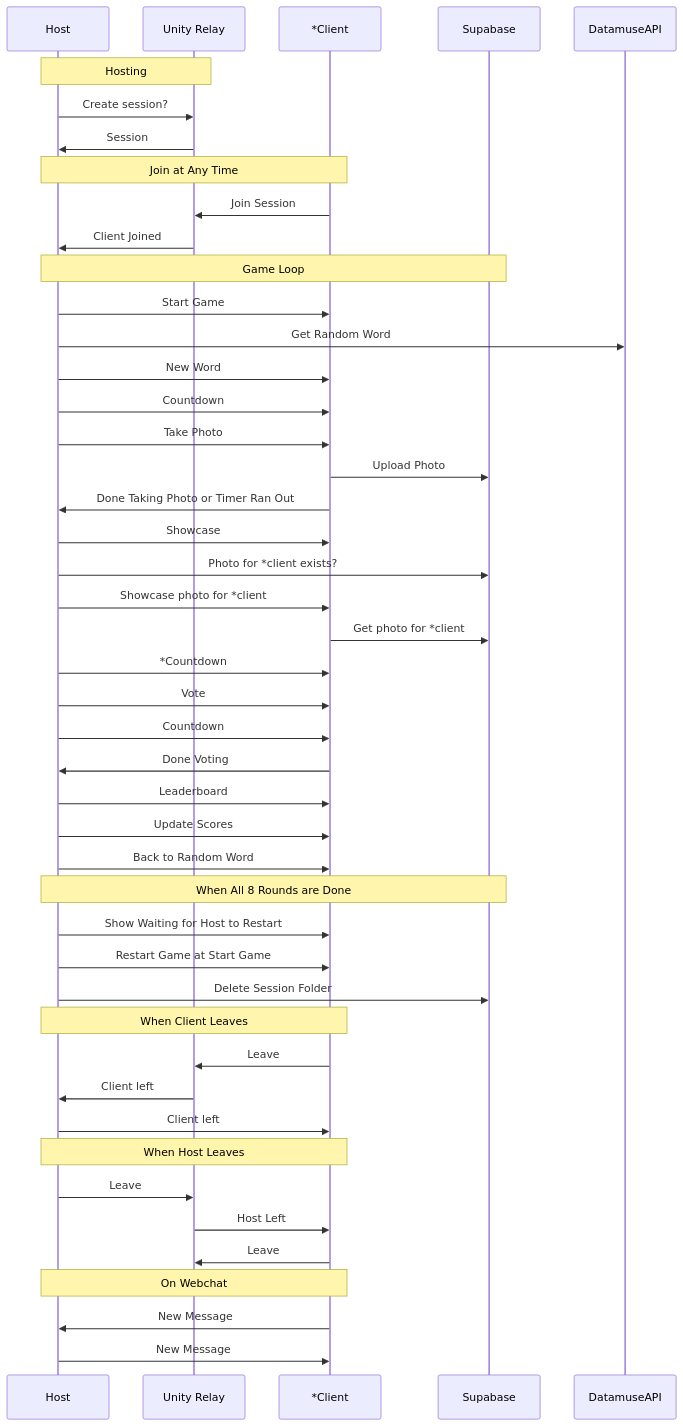
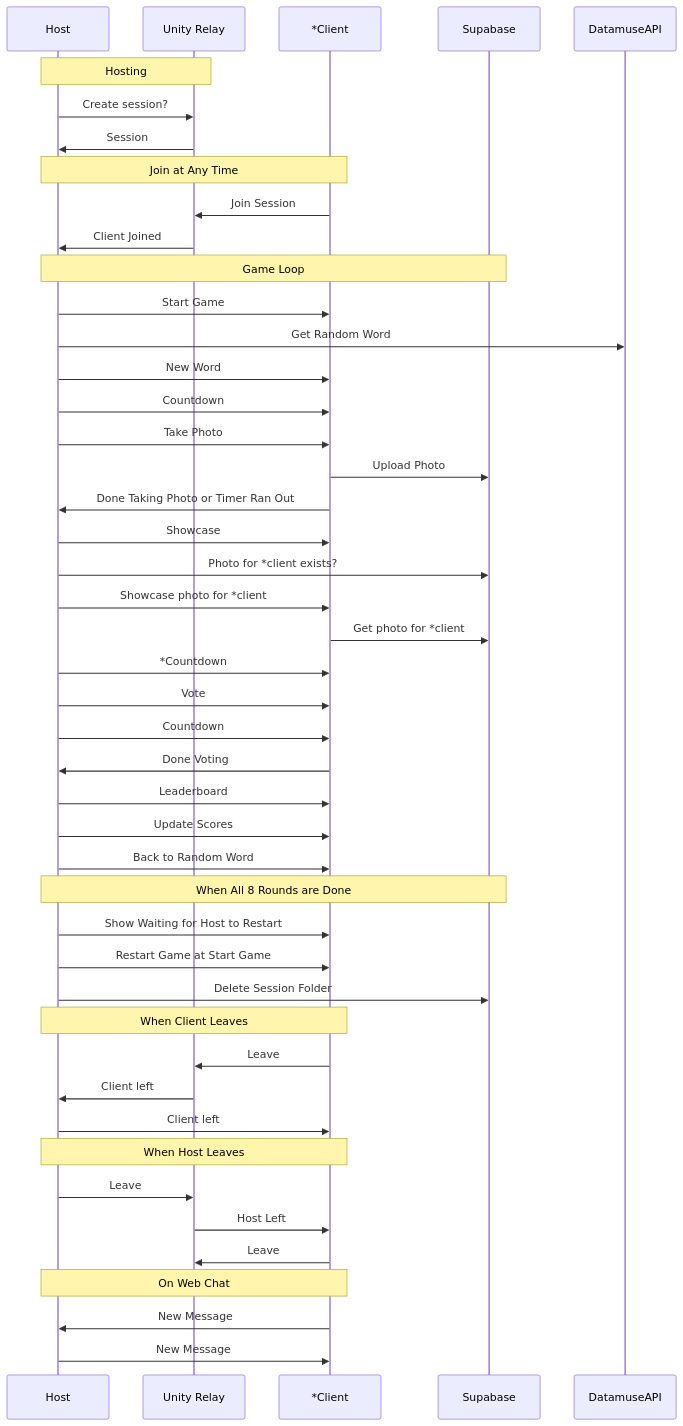
Before and after one commit to notCroptu/GarPic: the diagram in README.md, drawn with Mermaid. The commit also changed other lines of this file and 5 other files, not shown here.

````diff
--- a/README.md
+++ b/README.md
@@ -504,63 +620,63 @@
 ```mermaid
   sequenceDiagram
 
   Note over Host,Unity Relay: Hosting
 
   Host->>Unity Relay: Create session?
   Unity Relay->>Host: Session
 
   Note over Host,*Client: Join at Any Time
 
   *Client->>Unity Relay: Join Session
   Unity Relay->>Host: Client Joined
 
   Note over Host,Supabase: Game Loop
 
   Host->>*Client: Start Game
 
   Host->>DatamuseAPI: Get Random Word
   Host->>*Client: New Word
   Host->>*Client: Countdown
 
   Host->>*Client: Take Photo
   *Client->>Supabase: Upload Photo
   *Client->>Host: Done Taking Photo or Timer Ran Out
 
   Host->>*Client: Showcase
   Host->>Supabase: Photo for *client exists?
   Host->>*Client: Showcase photo for *client
   *Client->>Supabase: Get photo for *client
   Host->>*Client: *Countdown
 
   Host->>*Client: Vote
   Host->>*Client: Countdown
   *Client->>Host: Done Voting
 
   Host->>*Client: Leaderboard
   Host->>*Client: Update Scores
 
   Host->>*Client: Back to Random Word
 
   Note over Host,Supabase: When All 8 Rounds are Done
 
   Host->>*Client: Show Waiting for Host to Restart
   Host->>*Client: Restart Game at Start Game
   Host->>Supabase: Delete Session Folder
 
   Note over Host,*Client: When Client Leaves
 
   *Client->>Unity Relay: Leave
   Unity Relay->>Host: Client left
   Host->>*Client: Client left
 
   Note over Host,*Client: When Host Leaves
 
   Host->>Unity Relay: Leave
   Unity Relay->>*Client: Host Left
   *Client->>Unity Relay: Leave
 
-  Note over Host,*Client: On Webchat
+  Note over Host,*Client: On Web Chat
 
   *Client->>Host: New Message
   Host->>*Client: New Message
 ```
````
